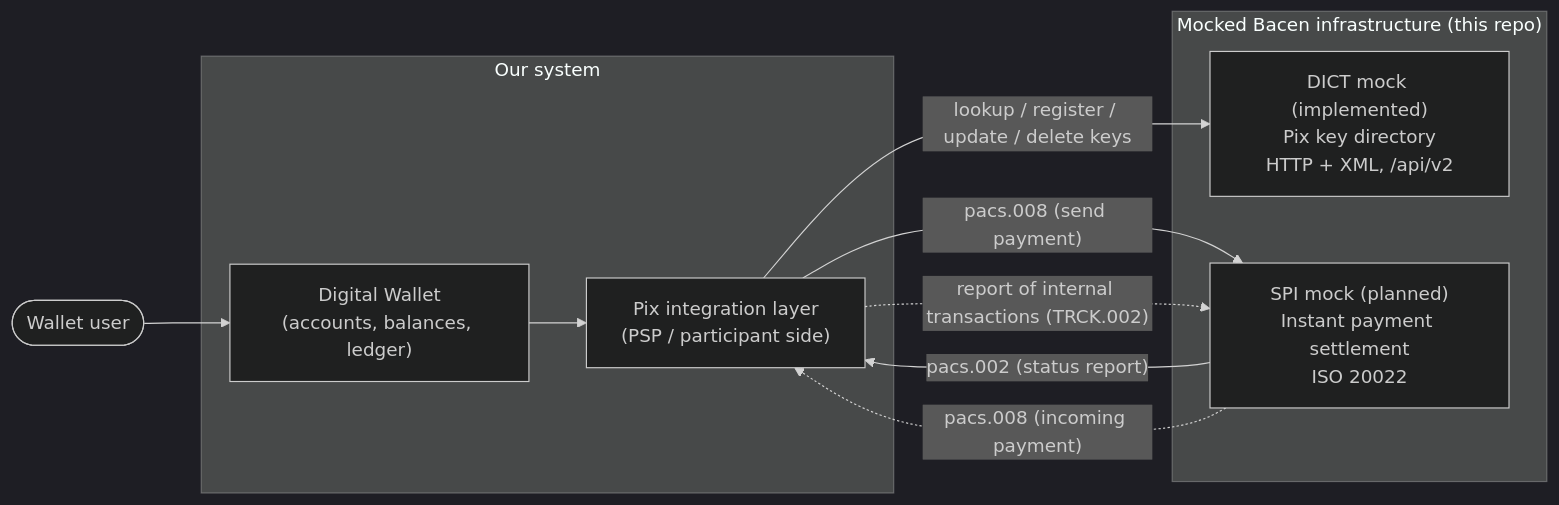
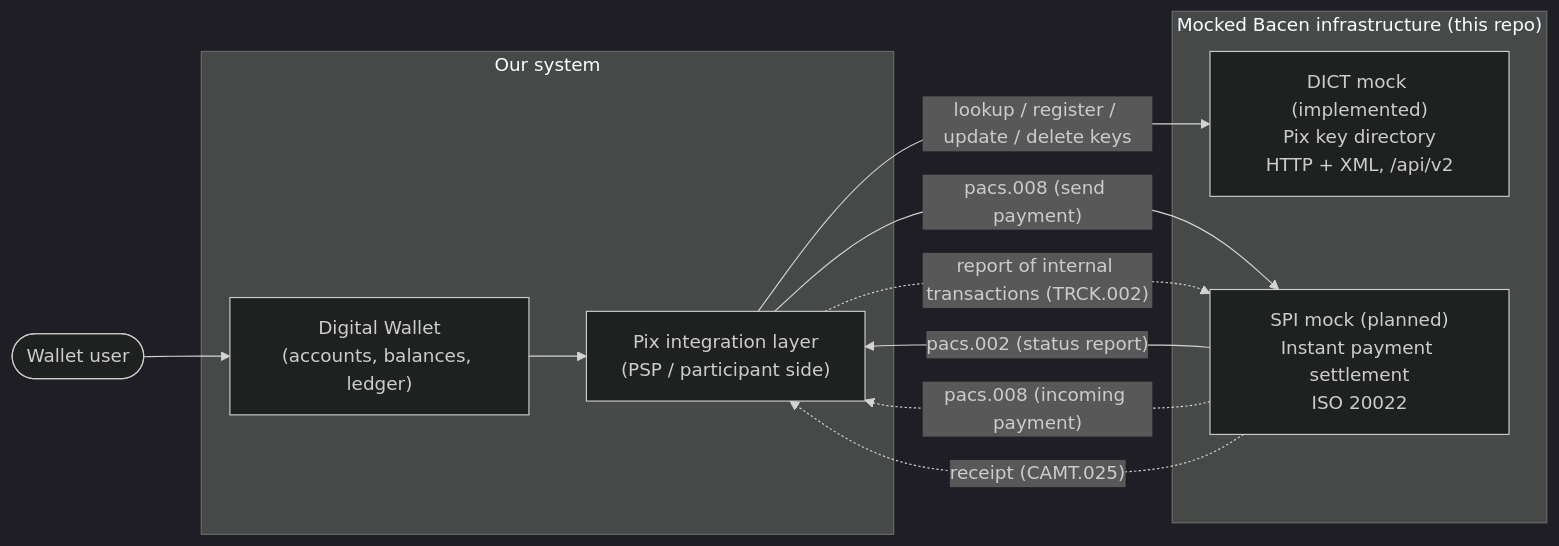
Before and after one commit to piovani/pix_fake: the first of 5 diagrams in docs/architecture.md, drawn with Mermaid (dark theme). The commit also changed other lines of this file and 16 other files, not shown here.

````diff
--- a/docs/architecture.md
+++ b/docs/architecture.md
@@ -10,21 +10,22 @@
 ```mermaid
 flowchart LR
     User([Wallet user]) --> Wallet
 
     subgraph Ours["Our system"]
         Wallet["Digital Wallet<br/>(accounts, balances, ledger)"]
         PixInt["Pix integration layer<br/>(PSP / participant side)"]
         Wallet --> PixInt
     end
 
     subgraph Mocks["Mocked Bacen infrastructure (this repo)"]
         DICT["DICT mock (implemented)<br/>Pix key directory<br/>HTTP + XML, /api/v2"]
         SPI["SPI mock (planned)<br/>Instant payment settlement<br/>ISO 20022"]
     end
 
     PixInt -- "lookup / register / update / delete keys" --> DICT
     PixInt -- "pacs.008 (send payment)" --> SPI
     SPI -- "pacs.002 (status report)" --> PixInt
     SPI -. "pacs.008 (incoming payment)" .-> PixInt
     PixInt -. "report of internal transactions (TRCK.002)" .-> SPI
+    SPI -. "receipt (CAMT.025)" .-> PixInt
 ```
````
